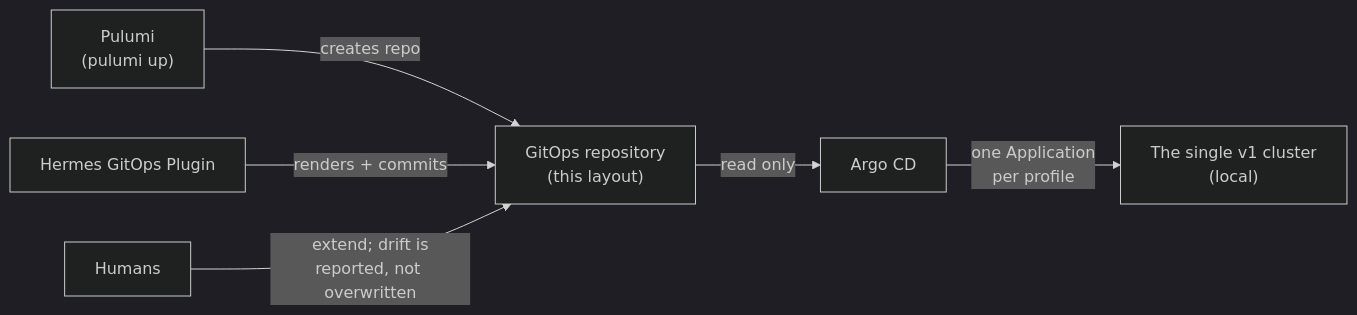
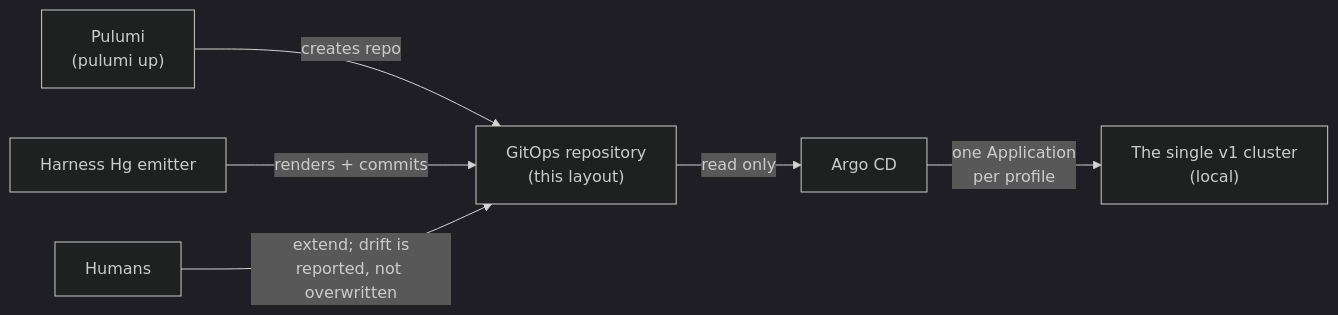
Before and after one commit to factory-level/harness-hg: the diagram in examples/gitops-repo/README.md, drawn with Mermaid (dark theme). The commit also changed other lines of this file and 46 other files, not shown here.

````diff
--- a/examples/gitops-repo/README.md
+++ b/examples/gitops-repo/README.md
@@ -12,8 +12,8 @@
 ```mermaid
 flowchart LR
     P["Pulumi<br/>(pulumi up)"] -- "creates repo" --> R["GitOps repository<br/>(this layout)"]
-    G["Hermes GitOps Plugin"] -- "renders + commits" --> R
+    G["Harness Hg emitter"] -- "renders + commits" --> R
     R -- "read only" --> A["Argo CD"]
     A -- "one Application<br/>per profile" --> K["The single v1 cluster<br/>(local)"]
     H["Humans"] -- "extend; drift is<br/>reported, not overwritten" --> R
 ```
````
